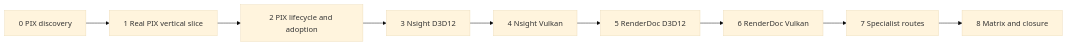
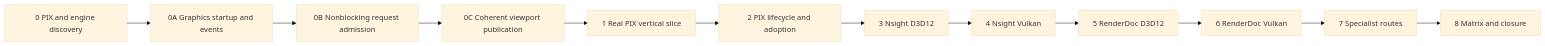
One commit to stoleckipawel/SparkleEngine changed the diagram in Docs/Architecture/CrossModule/PerformanceDiagnostics/ExternalCapture/Plan.md. Above: the diagram before and after it, drawn with Mermaid (base theme). The commit also changed other lines of this file and 24 other files, not shown here.

````diff
--- a/Docs/Architecture/CrossModule/PerformanceDiagnostics/ExternalCapture/Plan.md
+++ b/Docs/Architecture/CrossModule/PerformanceDiagnostics/ExternalCapture/Plan.md
@@ -15,11 +17,14 @@
 ```mermaid
 flowchart LR
-    S0[0 PIX discovery] --> S1[1 Real PIX vertical slice]
+    S0[0 PIX and engine discovery] --> QA[0A Graphics startup and events]
+    QA --> QB[0B Nonblocking request admission]
+    QB --> QC[0C Coherent viewport publication]
+    QC --> S1[1 Real PIX vertical slice]
     S1 --> S2[2 PIX lifecycle and adoption]
     S2 --> S3[3 Nsight D3D12]
     S3 --> S4[4 Nsight Vulkan]
     S4 --> S5[5 RenderDoc D3D12]
     S5 --> S6[6 RenderDoc Vulkan]
     S6 --> S7[7 Specialist routes]
     S7 --> S8[8 Matrix and closure]
 ```
````
